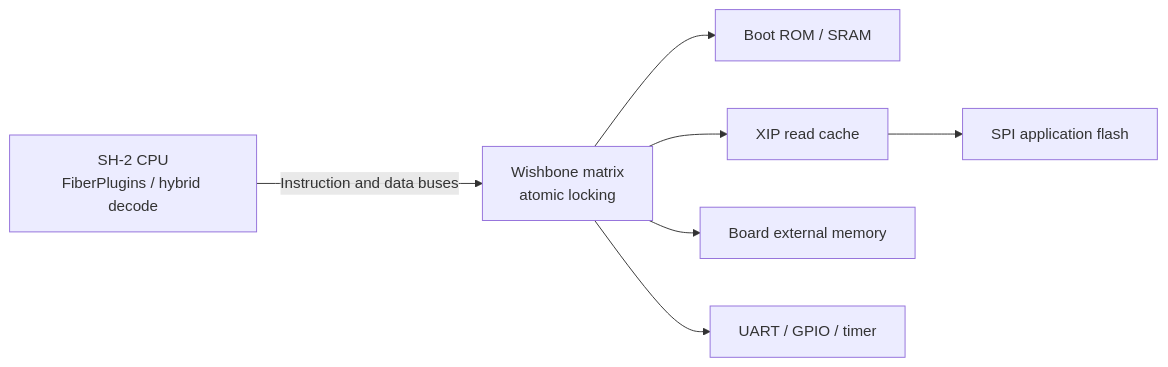
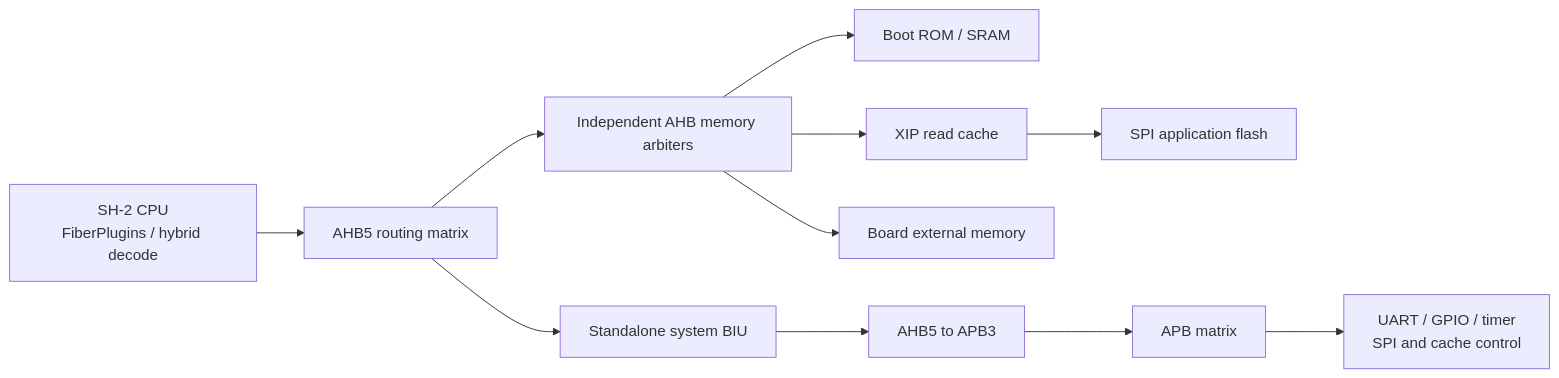
The diagram in README.md (PreviousVOD/VexJ2), drawn with Mermaid before and after one commit. The commit also changed other lines of this file and 49 other files, not shown here.

Commit message:
Migrate SoC to AHB5 with native APB peripherals and standalone BIU

````diff
--- a/README.md
+++ b/README.md
@@ -33,9 +35,13 @@
 ```mermaid
 flowchart LR
-  CPU["SH-2 CPU<br/>FiberPlugins / hybrid decode"] -->|Instruction and data buses| BUS["Wishbone matrix<br/>atomic locking"]
-  BUS --> MEM["Boot ROM / SRAM"]
-  BUS --> CACHE["XIP read cache"]
+  CPU["SH-2 CPU<br/>FiberPlugins / hybrid decode"] --> BUS["AHB5 routing matrix"]
+  BUS --> ARB["Independent AHB memory arbiters"]
+  ARB --> MEM["Boot ROM / SRAM"]
+  ARB --> CACHE["XIP read cache"]
   CACHE --> SPI["SPI application flash"]
-  BUS --> EXT["Board external memory"]
-  BUS --> IO["UART / GPIO / timer"]
+  ARB --> EXT["Board external memory"]
+  BUS --> BIU["Standalone system BIU"]
+  BIU --> BRIDGE["AHB5 to APB3"]
+  BRIDGE --> APB["APB matrix"]
+  APB --> IO["UART / GPIO / timer<br/>SPI and cache control"]
 ```
````
